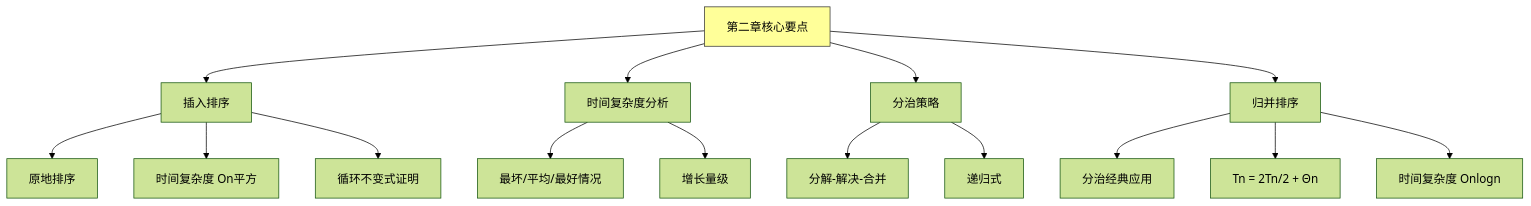
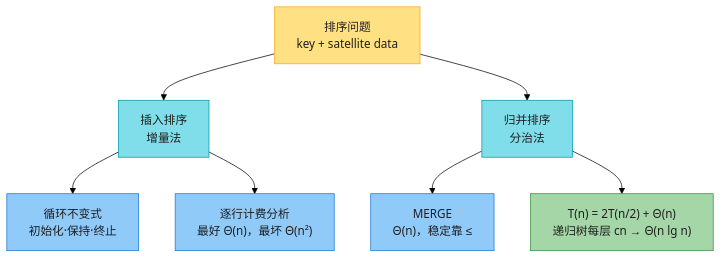
One commit to socoo123/book_reading changed the fourth of 4 diagrams in IntroductionToAlgorithms/Chapter02_排序算法基础_深度版.md. Above: the diagram before and after it, drawn with Mermaid (forest theme). The commit also changed other lines of this file and 30 other files, not shown here.

````diff
--- a/IntroductionToAlgorithms/Chapter02_排序算法基础_深度版.md
+++ b/IntroductionToAlgorithms/Chapter02_排序算法基础_深度版.md
@@ -705,23 +513,18 @@
 ```mermaid
-graph TD
-    A["第二章核心要点"] --> B["插入排序"]
-    A --> C["时间复杂度分析"]
-    A --> D["分治策略"]
-    A --> E["归并排序"]
+flowchart TD
+    A["排序问题<br/>key + satellite data"] --> B["插入排序<br/>增量法"]
+    A --> C["归并排序<br/>分治法"]
+    B --> D["循环不变式<br/>初始化·保持·终止"]
+    B --> E["逐行计费分析<br/>最好 Θ(n)，最坏 Θ(n²)"]
+    C --> F["MERGE<br/>Θ(n)，稳定靠 ≤"]
+    C --> G["T(n) = 2T(n/2) + Θ(n)<br/>递归树每层 cn → Θ(n lg n)"]
 
-    B --> B1["原地排序"]
-    B --> B2["时间复杂度 On平方"]
-    B --> B3["循环不变式证明"]
-
-    C --> C1["最坏/平均/最好情况"]
-    C --> C2["增长量级"]
-
-    D --> D1["分解-解决-合并"]
-    D --> D2["递归式"]
-
-    E --> E1["分治经典应用"]
-    E --> E2["Tn = 2Tn/2 + Θn"]
-    E --> E3["时间复杂度 Onlogn"]
-
-    style A fill:#ff9,stroke:#333
+    classDef start fill:#FFE082,stroke:#F9A825,color:#1f1f1f
+    classDef proc fill:#80DEEA,stroke:#0097A7,color:#1f1f1f
+    classDef tool fill:#90CAF9,stroke:#1976D2,color:#1f1f1f
+    classDef done fill:#A5D6A7,stroke:#388E3C,color:#1f1f1f
+    class A start
+    class B,C proc
+    class D,E,F tool
+    class G done
 ```
````
